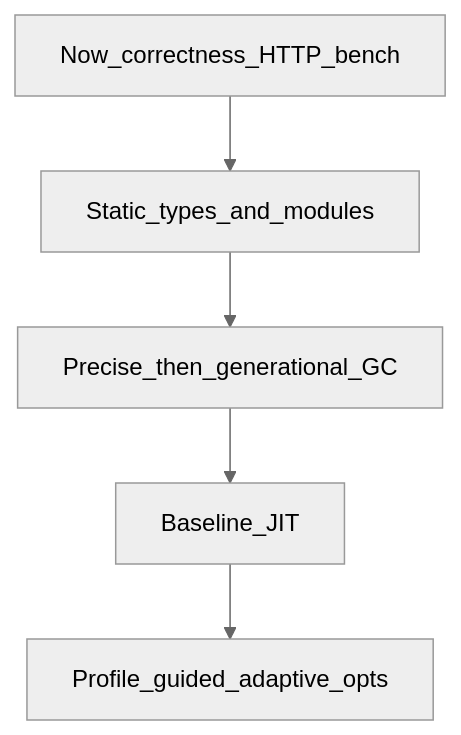
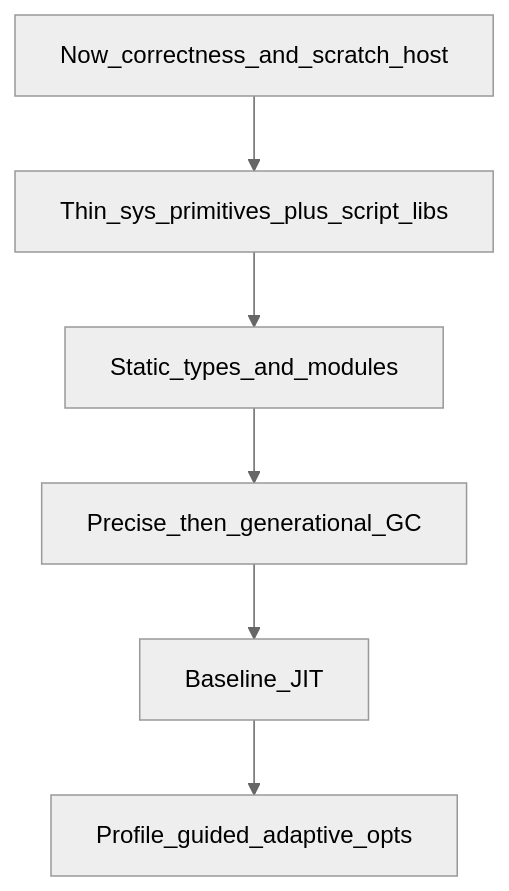
One commit to lkjsxc/lkjscript changed the diagram in docs/vision/performance-roadmap.md. Above: the diagram before and after it, drawn with Mermaid (neutral theme). The commit also changed other lines of this file and 14 other files, not shown here.

First line of the commit message:
Add scratch sys crate and drop rustix.

````diff
--- a/docs/vision/performance-roadmap.md
+++ b/docs/vision/performance-roadmap.md
@@ -10,9 +10,10 @@
 ```mermaid
 flowchart TB
-  now[Now_correctness_HTTP_bench]
+  now[Now_correctness_and_scratch_host]
+  thin[Thin_sys_primitives_plus_script_libs]
   types[Static_types_and_modules]
   gc[Precise_then_generational_GC]
   jit[Baseline_JIT]
   pgo[Profile_guided_adaptive_opts]
-  now --> types --> gc --> jit --> pgo
+  now --> thin --> types --> gc --> jit --> pgo
 ```
````
